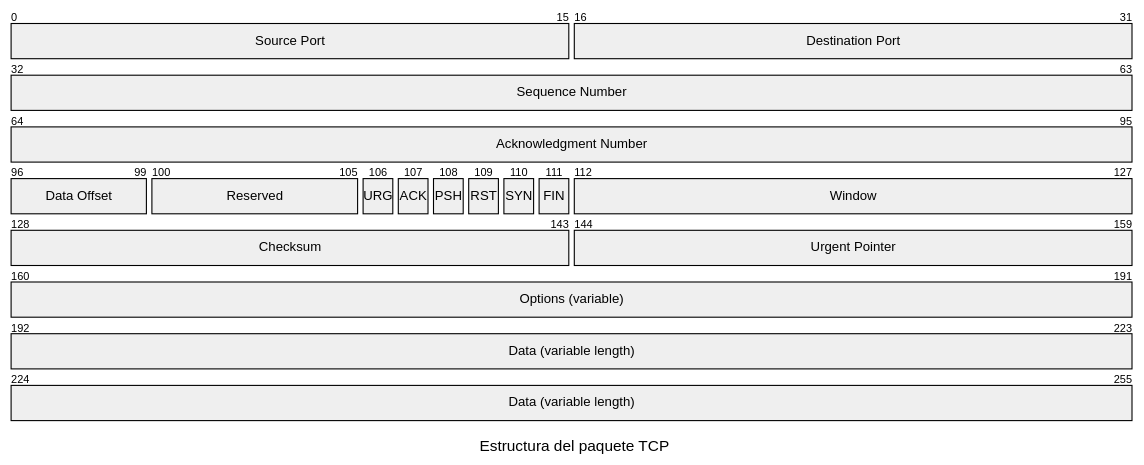
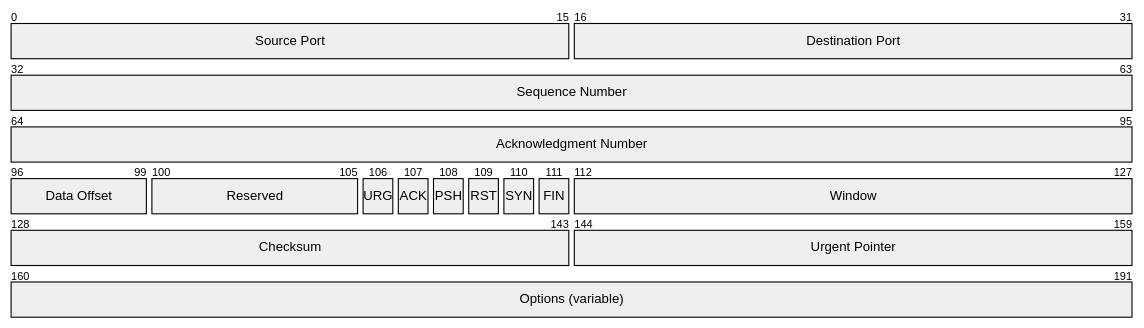
Before and after one commit to rrunix/jer_slides: the sixth of 14 diagrams in ch1_p4_transport.qmd, drawn with Mermaid. The commit also changed other lines of this file and 15 other files, not shown here.

````diff
--- a/ch1_p4_transport.qmd
+++ b/ch1_p4_transport.qmd
@@ -238,26 +307,22 @@
 ```{mermaid}
 %%| fig-height: 6
 %%| fig-align: center
 %%| out-width: "80%"
----
-title: Estructura del paquete TCP
----
 packet-beta
   0-15: "Source Port"
   16-31: "Destination Port"
   32-63: "Sequence Number"
   64-95: "Acknowledgment Number"
   96-99: "Data Offset"
   100-105: "Reserved"
   106: "URG"
   107: "ACK"
   108: "PSH"
   109: "RST"
   110: "SYN"
   111: "FIN"
   112-127: "Window"
   128-143: "Checksum"
   144-159: "Urgent Pointer"
   160-191: "Options (variable)"
-  192-255: "Data (variable length)"
 ```
````
